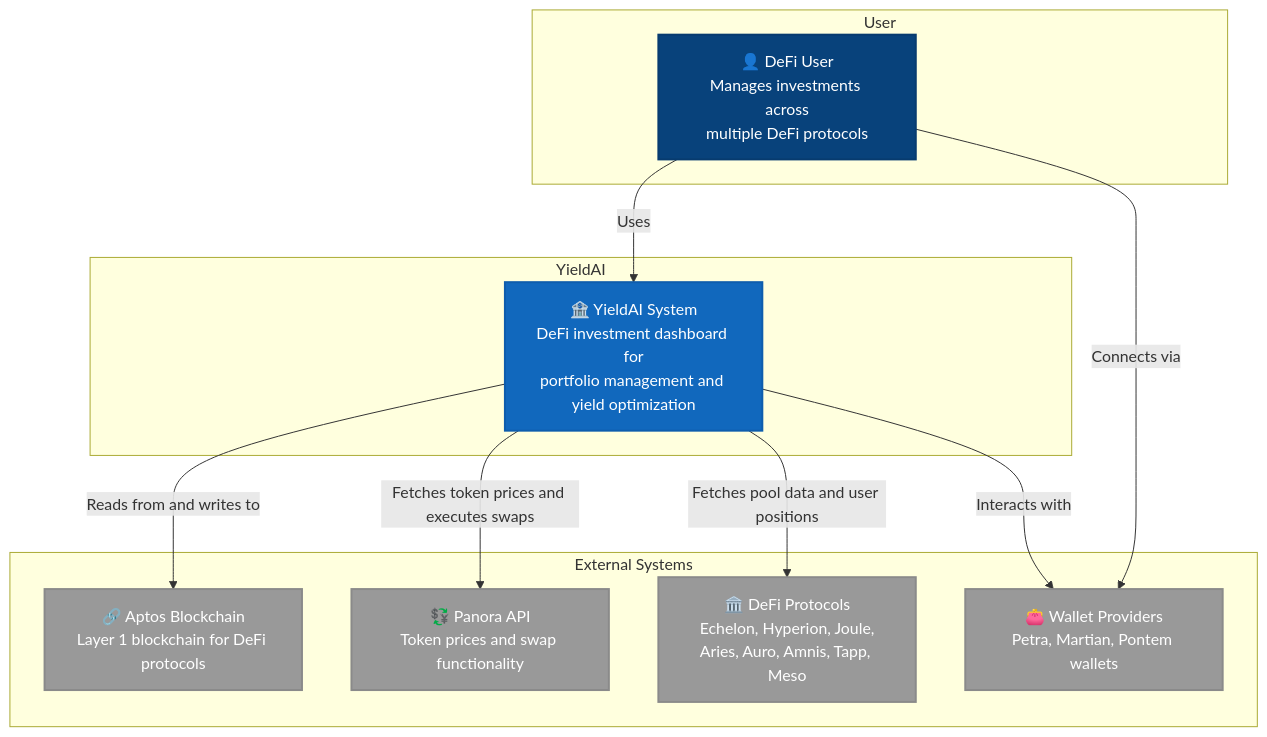
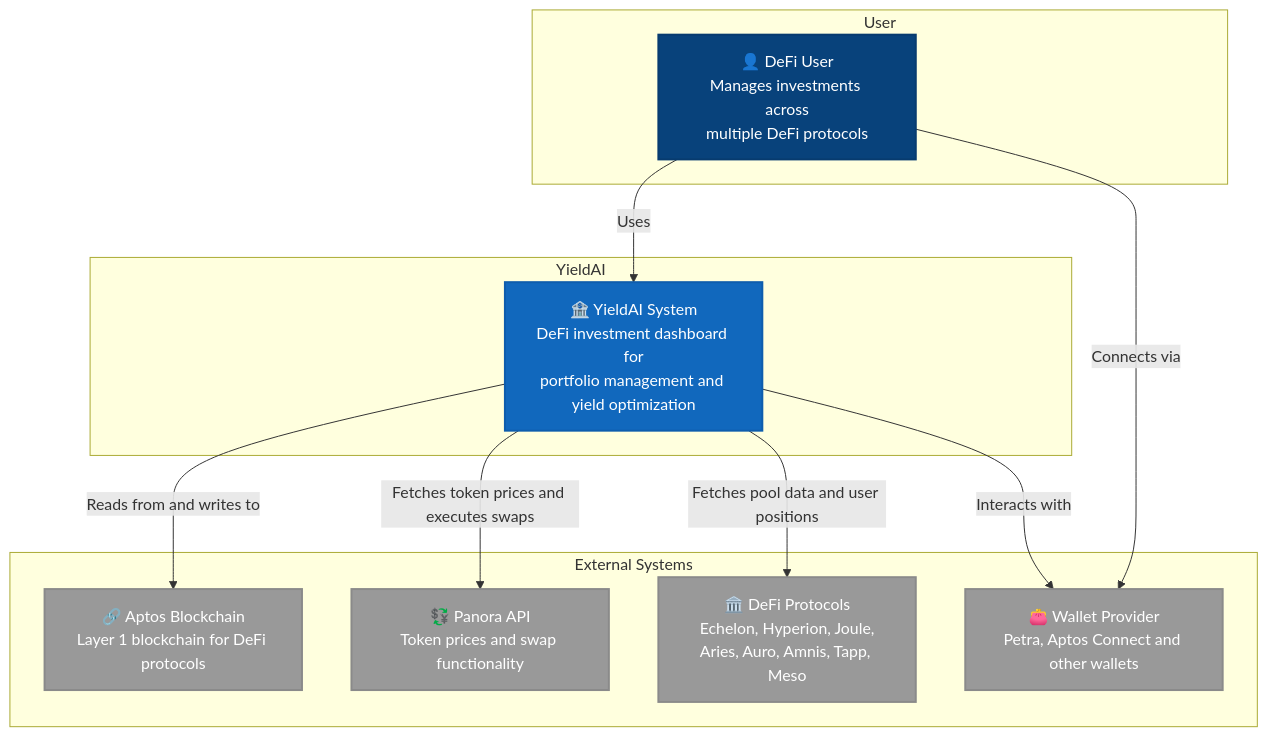
The diagram in C4_Context_Diagram.md (ssadkov/yield-ai), drawn with Mermaid before and after one commit.

Commit message:
Update Context Diagram to reflect changes in wallet provider terminology, enhancing accuracy in the representation of user interactions within the YieldAI ecosystem.

````diff
--- a/C4_Context_Diagram.md
+++ b/C4_Context_Diagram.md
@@ -7,33 +7,33 @@
 ```mermaid
 graph TD
 
   subgraph User
     U[👤 DeFi User<br/>Manages investments across<br/>multiple DeFi protocols]
   end
 
   subgraph YieldAI
     Y[🏦 YieldAI System<br/>DeFi investment dashboard for<br/>portfolio management and yield optimization]
   end
 
   subgraph External Systems
     A[🔗 Aptos Blockchain<br/>Layer 1 blockchain for DeFi protocols]
     P[💱 Panora API<br/>Token prices and swap functionality]
     D[🏛️ DeFi Protocols<br/>Echelon, Hyperion, Joule,<br/>Aries, Auro, Amnis, Tapp, Meso]
-    W[👛 Wallet Providers<br/>Petra, Martian, Pontem wallets]
+    W[👛 Wallet Provider<br/>Petra, Aptos Connect and other wallets]
   end
 
   U -->|Uses| Y
   Y -->|Reads from and writes to| A
   Y -->|Fetches token prices and executes swaps| P
   Y -->|Fetches pool data and user positions| D
   U -->|Connects via| W
   Y -->|Interacts with| W
 
   classDef person fill:#08427B,stroke:#073B6F,stroke-width:2px,color:#fff
   classDef system fill:#1168BD,stroke:#0E5DAD,stroke-width:2px,color:#fff
   classDef external fill:#999999,stroke:#8A8A8A,stroke-width:2px,color:#fff
 
   class U person
   class Y system
   class A,P,D,W external
 ```
````
